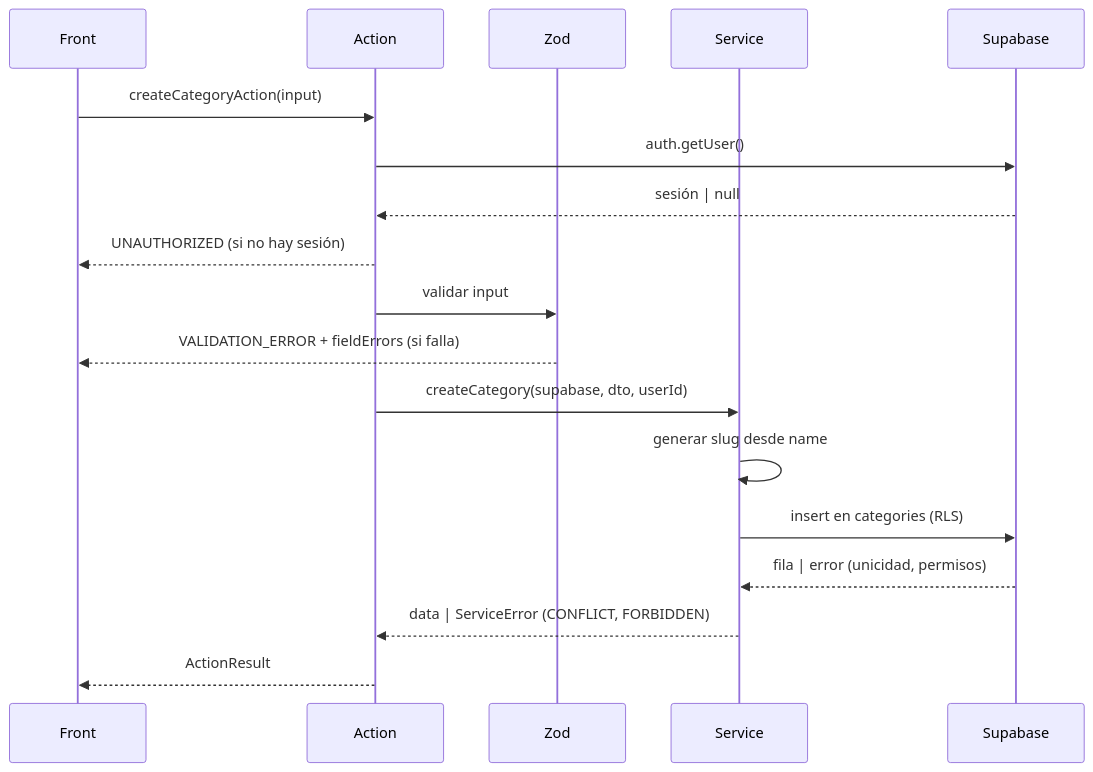
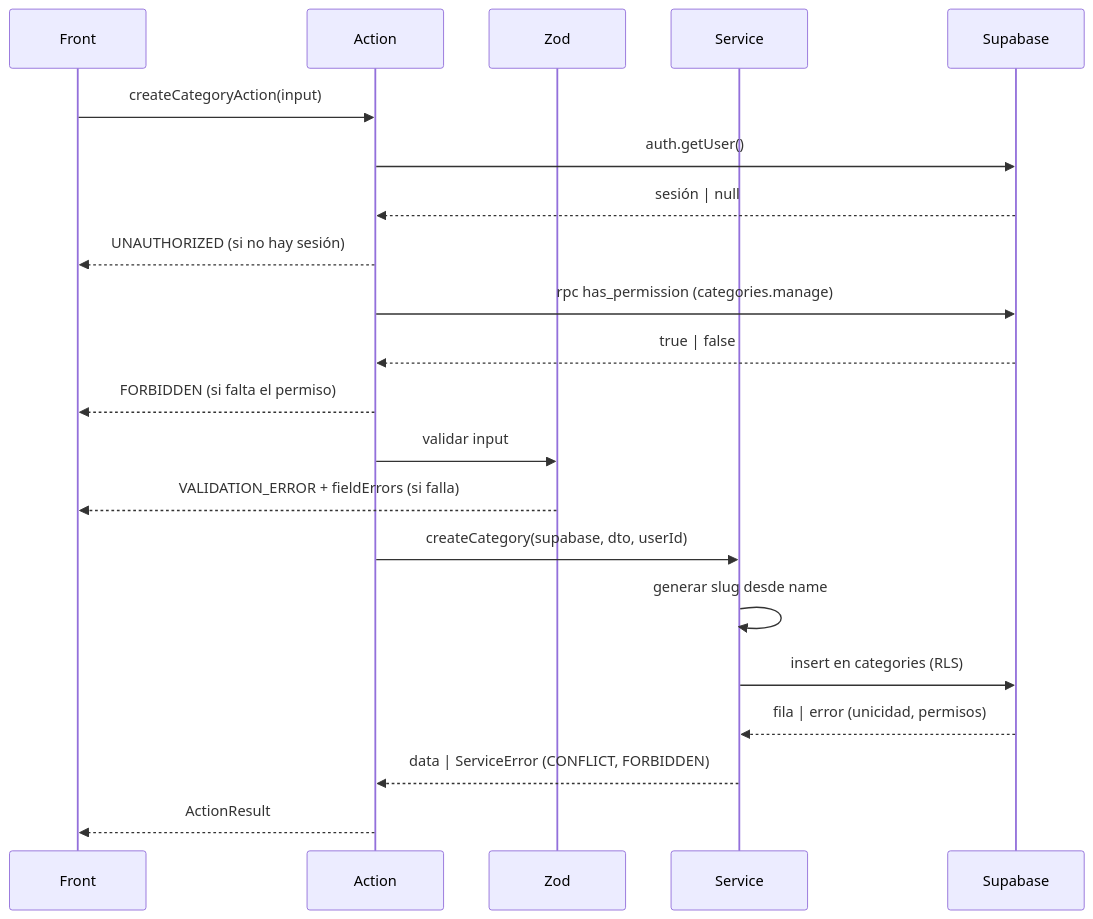
One commit to Programati/restoDev changed the diagram in docs/contracts/categories/Contract_createCategory.md. Above: the diagram before and after it, drawn with Mermaid. The commit also changed other lines of this file and 28 other files, not shown here.

````diff
--- a/docs/contracts/categories/Contract_createCategory.md
+++ b/docs/contracts/categories/Contract_createCategory.md
@@ -134,20 +135,23 @@
 ```mermaid
 sequenceDiagram
   participant Front
   participant Action
   participant Zod
   participant Service
   participant Supabase
   Front->>Action: createCategoryAction(input)
   Action->>Supabase: auth.getUser()
   Supabase-->>Action: sesión | null
   Action-->>Front: UNAUTHORIZED (si no hay sesión)
+  Action->>Supabase: rpc has_permission (categories.manage)
+  Supabase-->>Action: true | false
+  Action-->>Front: FORBIDDEN (si falta el permiso)
   Action->>Zod: validar input
   Zod-->>Front: VALIDATION_ERROR + fieldErrors (si falla)
   Action->>Service: createCategory(supabase, dto, userId)
   Service->>Service: generar slug desde name
   Service->>Supabase: insert en categories (RLS)
   Supabase-->>Service: fila | error (unicidad, permisos)
   Service-->>Action: data | ServiceError (CONFLICT, FORBIDDEN)
   Action-->>Front: ActionResult
 ```
````
